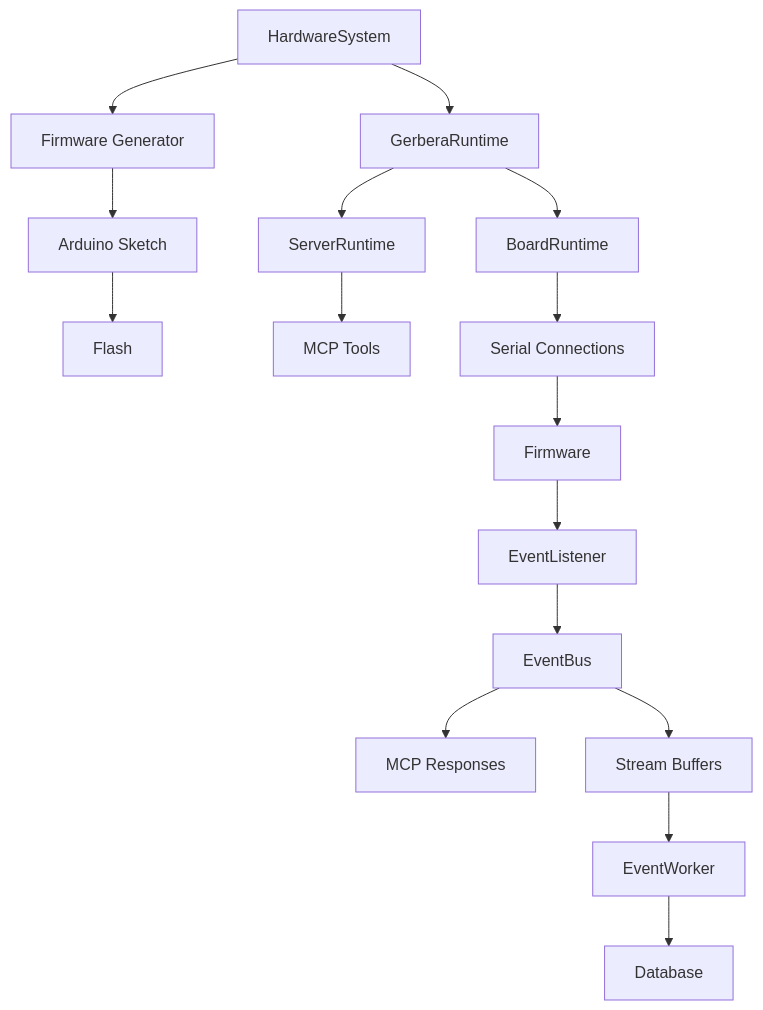
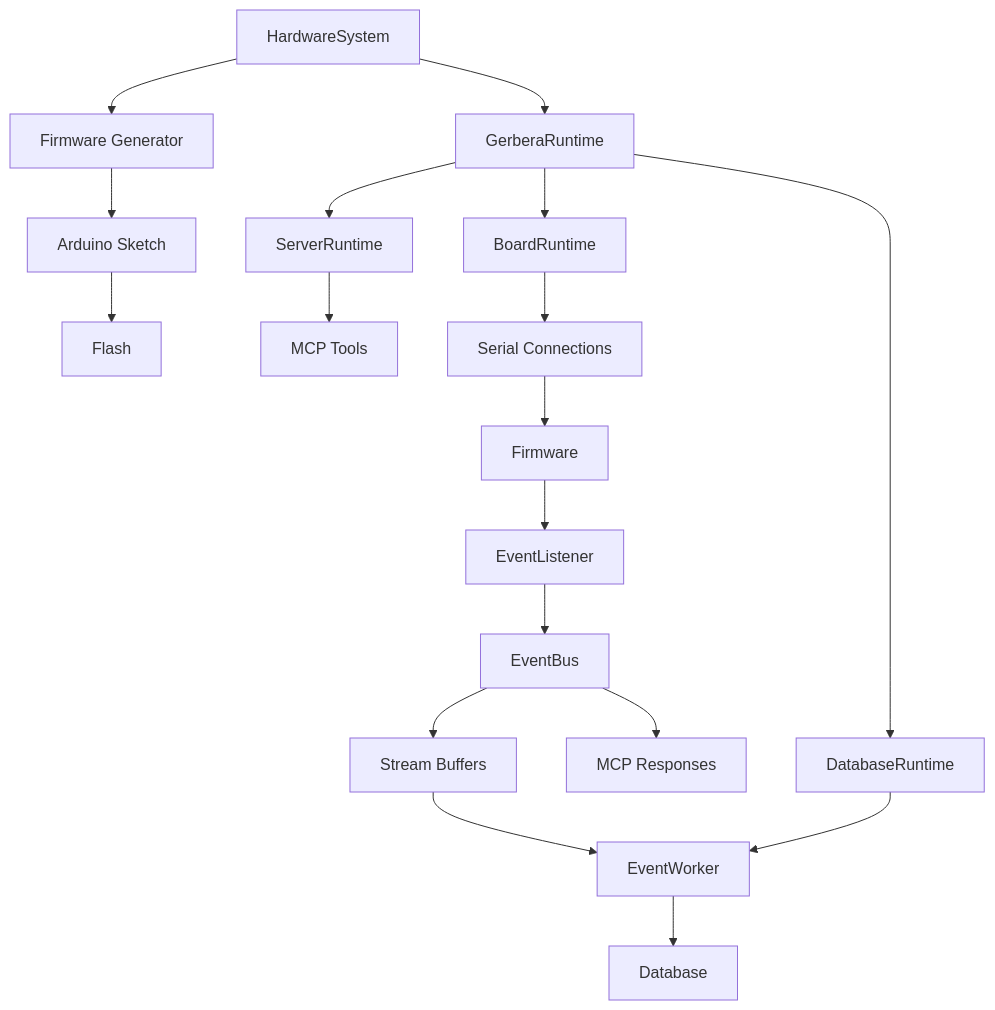
Before and after one commit to BaronLiu1993/gerbera: the diagram in src/gerbera_sdk/README.md, drawn with Mermaid. The commit also changed other lines of this file and 16 other files, not shown here.

Commit message:
defined boundaries for database runtime object

````diff
--- a/src/gerbera_sdk/README.md
+++ b/src/gerbera_sdk/README.md
@@ -46,18 +46,20 @@
 ```mermaid
 flowchart TD
     A[HardwareSystem] --> B[Firmware Generator]
     B --> C[Arduino Sketch]
     C --> D[Flash]
     A --> E[GerberaRuntime]
     E --> F[BoardRuntime]
     E --> G[ServerRuntime]
+    E --> Q[DatabaseRuntime]
     G --> H[MCP Tools]
     F --> I[Serial Connections]
     I --> J[Firmware]
     J --> K[EventListener]
     K --> L[EventBus]
     L --> M[MCP Responses]
     L --> N[Stream Buffers]
     N --> O[EventWorker]
+    Q --> O
     O --> P[Database]
 ```
````
